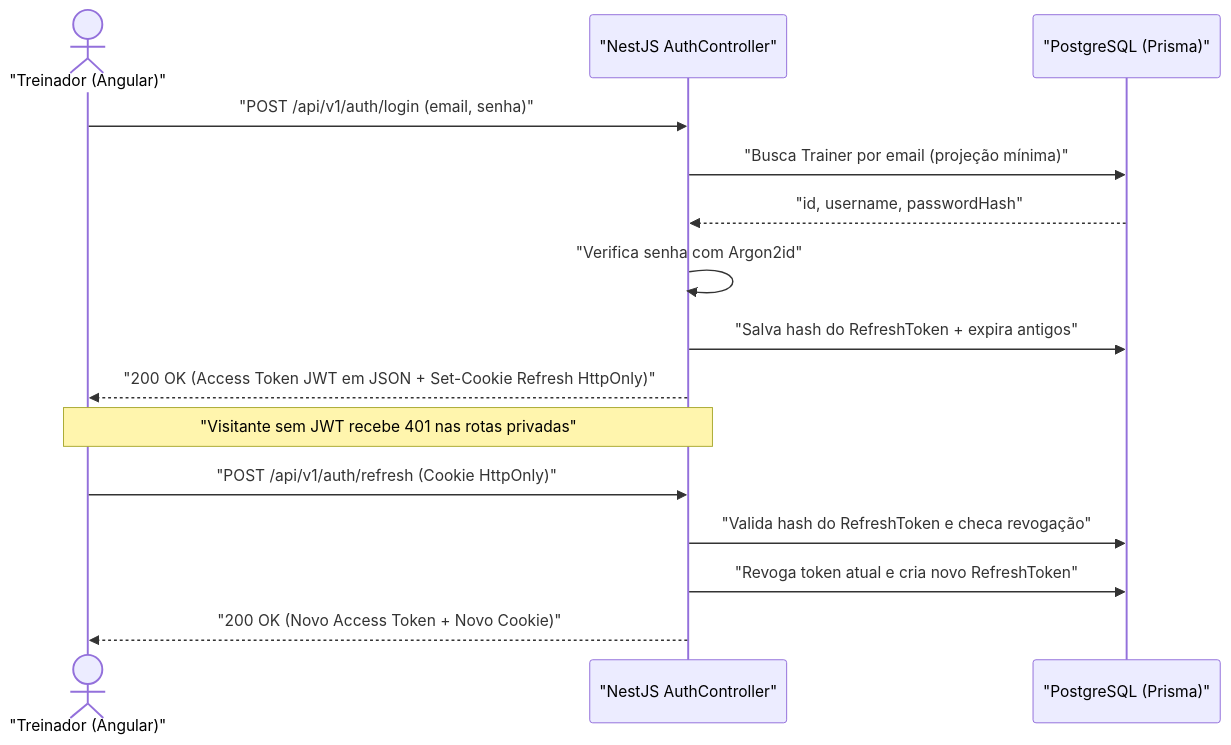
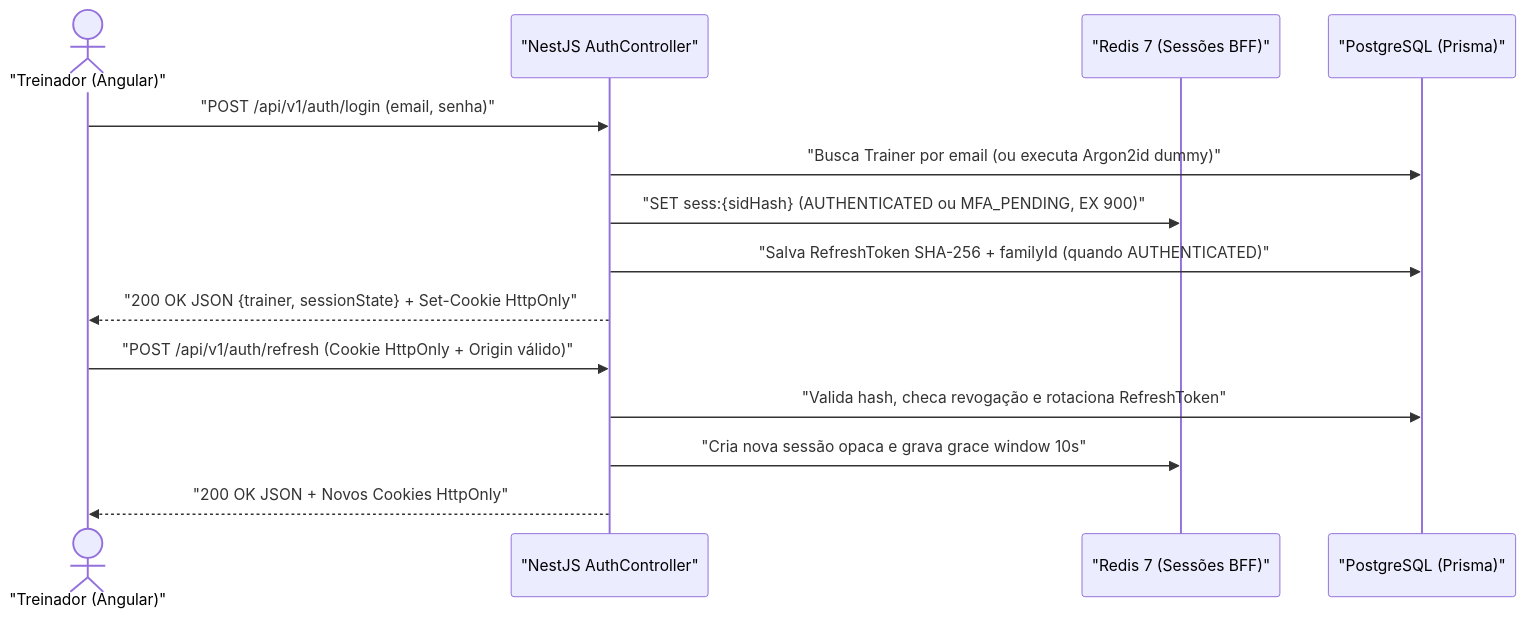
Before and after one commit to Digooow/pokedex-frontend: the second of 2 diagrams in docs/04-backend-nestjs-auth-e-seguranca.md, drawn with Mermaid. The commit also changed other lines of this file and 33 other files, not shown here.

````diff
--- a/docs/04-backend-nestjs-auth-e-seguranca.md
+++ b/docs/04-backend-nestjs-auth-e-seguranca.md
@@ -50,20 +50,18 @@
 ```mermaid
 sequenceDiagram
   actor Trainer as "Treinador (Angular)"
   participant API as "NestJS AuthController"
+  participant Redis as "Redis 7 (Sessões BFF)"
   participant DB as "PostgreSQL (Prisma)"
 
   Trainer->>API: "POST /api/v1/auth/login (email, senha)"
-  API->>DB: "Busca Trainer por email (projeção mínima)"
-  DB-->>API: "id, username, passwordHash"
-  API->>API: "Verifica senha com Argon2id"
-  API->>DB: "Salva hash do RefreshToken + expira antigos"
-  API-->>Trainer: "200 OK (Access Token JWT em JSON + Set-Cookie Refresh HttpOnly)"
+  API->>DB: "Busca Trainer por email (ou executa Argon2id dummy)"
+  API->>Redis: "SET sess:{sidHash} (AUTHENTICATED ou MFA_PENDING, EX 900)"
+  API->>DB: "Salva RefreshToken SHA-256 + familyId (quando AUTHENTICATED)"
+  API-->>Trainer: "200 OK JSON {trainer, sessionState} + Set-Cookie HttpOnly"
 
-  Note over Trainer,API: "Visitante sem JWT recebe 401 nas rotas privadas"
-
-  Trainer->>API: "POST /api/v1/auth/refresh (Cookie HttpOnly)"
-  API->>DB: "Valida hash do RefreshToken e checa revogação"
-  API->>DB: "Revoga token atual e cria novo RefreshToken"
-  API-->>Trainer: "200 OK (Novo Access Token + Novo Cookie)"
+  Trainer->>API: "POST /api/v1/auth/refresh (Cookie HttpOnly + Origin válido)"
+  API->>DB: "Valida hash, checa revogação e rotaciona RefreshToken"
+  API->>Redis: "Cria nova sessão opaca e grava grace window 10s"
+  API-->>Trainer: "200 OK JSON + Novos Cookies HttpOnly"
 ```
````
